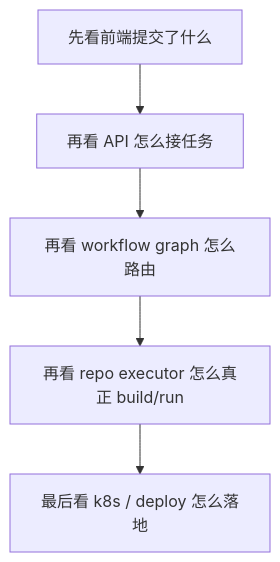
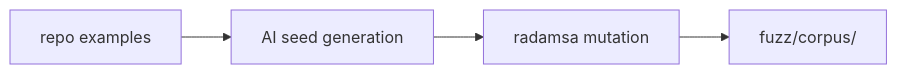
One commit to ZUENS2020/Sherpa changed the third of 3 diagrams in docs/CODEBASE_TECHNICAL_ANALYSIS.md. Above: the diagram before and after it, drawn with Mermaid. The commit also changed other lines of this file and 19 other files, not shown here.

Commit message:
docs: rewrite repository documentation to current architecture

````diff
--- a/docs/CODEBASE_TECHNICAL_ANALYSIS.md
+++ b/docs/CODEBASE_TECHNICAL_ANALYSIS.md
@@ -1519,7 +172,6 @@
 ```mermaid
-flowchart TD
-    A["先看前端提交了什么"] --> B["再看 API 怎么接任务"]
-    B --> C["再看 workflow graph 怎么路由"]
-    C --> D["再看 repo executor 怎么真正 build/run"]
-    D --> E["最后看 k8s / deploy 怎么落地"]
+flowchart LR
+  A["repo examples"] --> B["AI seed generation"]
+  B --> C["radamsa mutation"]
+  C --> D["fuzz/corpus/<fuzzer>"]
 ```
````
